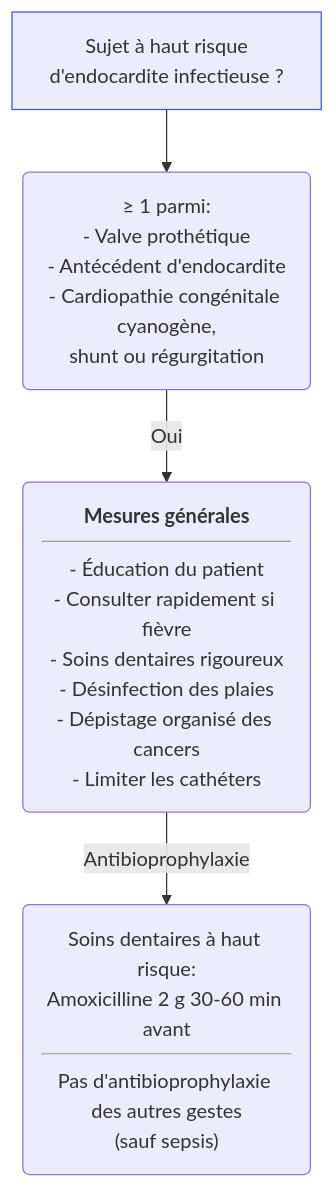
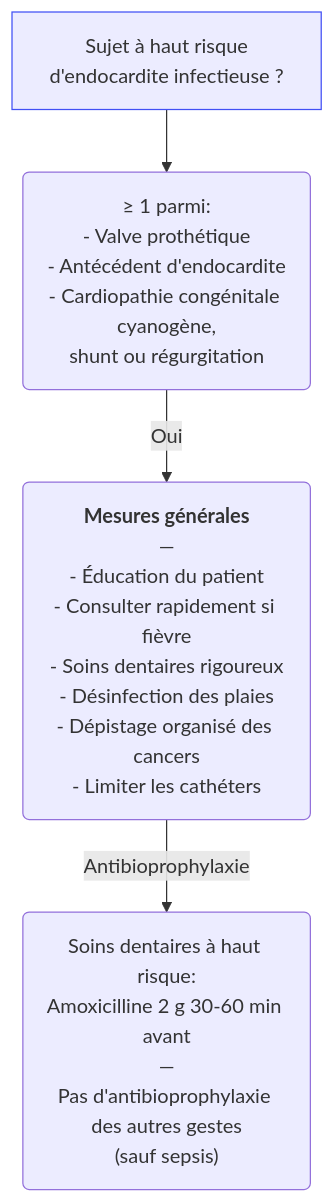
The diagram in content/recommandations/endocardite.md (djibe/recommandations-medicales), drawn with Mermaid before and after one commit. The commit also changed 51 other files, not shown here.

```diff
--- a/content/recommandations/endocardite.md
+++ b/content/recommandations/endocardite.md
@@ -145,9 +145,9 @@
 {{< mermaid title="Recommandations pour la prise en charge des personnes à haut risque d'endocardite infectieuse. Dr JB Fron d'après ESC 2015" >}}
 graph TB
 accTitle: Recommandations pour la prise en charge des personnes à haut risque d'endocardite infectieuse d'après ESC 2015
   fdr[Sujet à haut risque<br>d'endocardite infectieuse ?]
   style fdr stroke:#4150f5, stroke-width:1px
   fdr --> liste("≥ 1 parmi:<br>- Valve prothétique<br>- Antécédent d'endocardite<br>- Cardiopathie congénitale cyanogène,<br>shunt ou régurgitation")
-    liste -- Oui --> mesures("<b>Mesures générales</b><hr>- Éducation du patient<br>- Consulter rapidement si fièvre<br>- Soins dentaires rigoureux<br>- Désinfection des plaies<br>- Dépistage organisé des cancers<br>- Limiter les cathéters")
-      mesures -- Antibioprophylaxie --> antibioprophylaxie("Soins dentaires à haut risque:<br>Amoxicilline 2 g 30-60 min avant<hr>Pas d'antibioprophylaxie des autres gestes<br>(sauf sepsis)")
+    liste -- Oui --> mesures("<b>Mesures générales</b><br>—<br>- Éducation du patient<br>- Consulter rapidement si fièvre<br>- Soins dentaires rigoureux<br>- Désinfection des plaies<br>- Dépistage organisé des cancers<br>- Limiter les cathéters")
+      mesures -- Antibioprophylaxie --> antibioprophylaxie("Soins dentaires à haut risque:<br>Amoxicilline 2 g 30-60 min avant<br>—<br>Pas d'antibioprophylaxie des autres gestes<br>(sauf sepsis)")
 {{< /mermaid >}}
```
